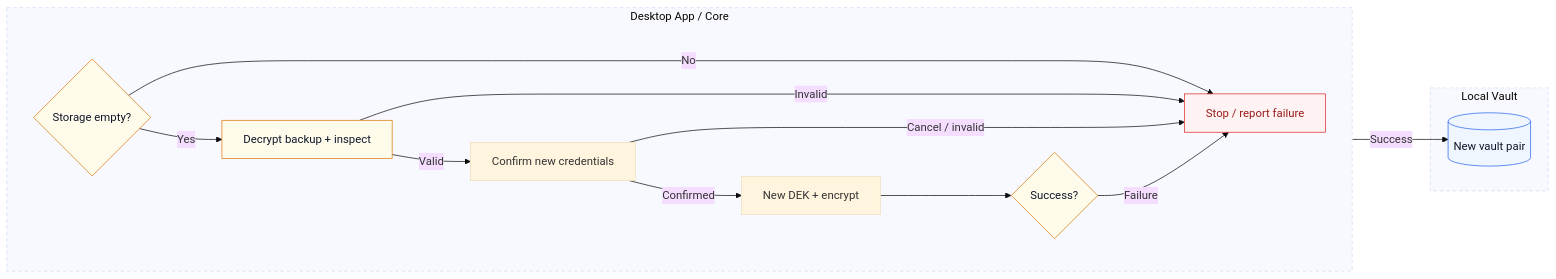
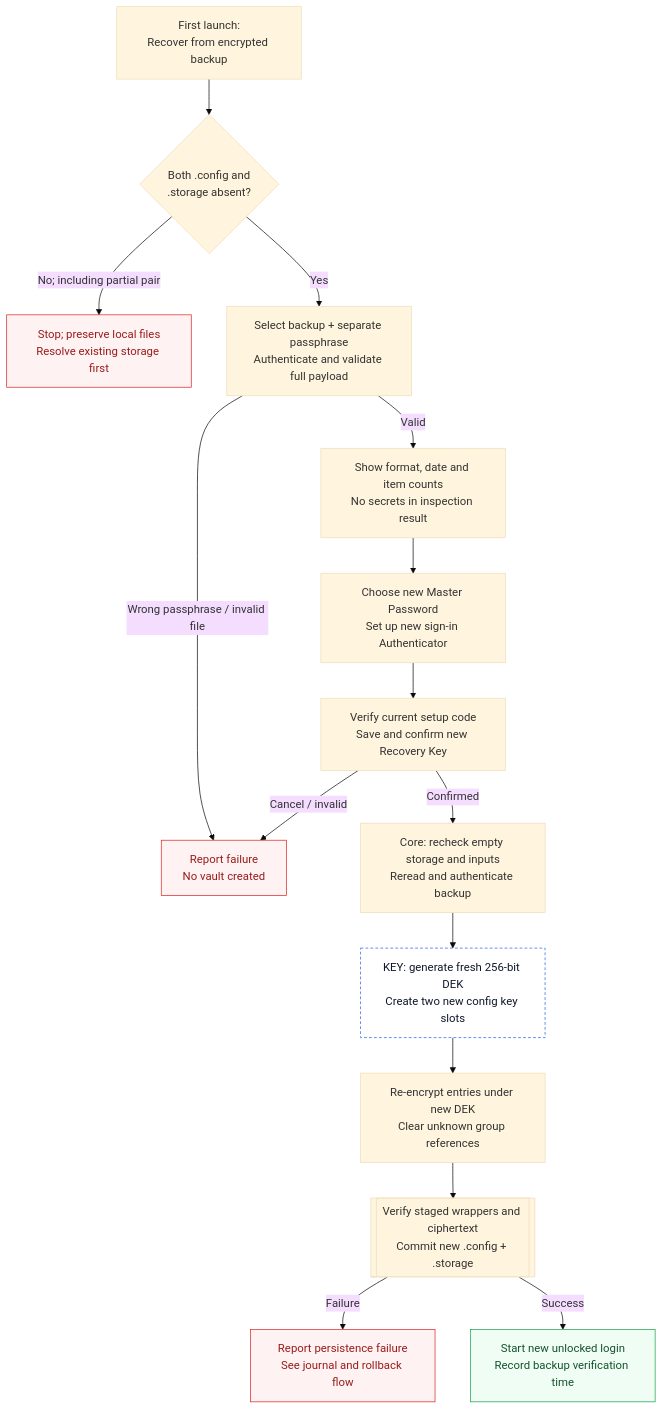
The diagram in docs/diagrams/backup-recovery.mmd (Lmnhutw/YourSafe), drawn with Mermaid (base theme) before and after one commit. The commit also changed 47 other files, not shown here.

```diff
--- a/docs/diagrams/backup-recovery.mmd
+++ b/docs/diagrams/backup-recovery.mmd
@@ -1,30 +1,20 @@
-flowchart LR
-    accTitle: Recover entries on a fresh installation
-    accDescr: Recovery requires both local vault files to be absent. The backup passphrase authenticates the backup, new credentials and Recovery Key are confirmed, then a new DEK and vault pair are committed. Failures stop; no existing vault is overwritten.
-    subgraph desktop["Desktop App / Core"]
-        direction LR
-        empty{"`Storage empty?`"}:::decision
-        inspect["`Decrypt backup + inspect`"]:::secret
-        setup["`Confirm new credentials`"]
-        create["`New DEK + encrypt`"]
-        commit{"Success?"}:::decision
-        stop["`Stop / report failure`"]:::danger
-    end
-    subgraph localVault["Local Vault"]
-        pair[("`New vault pair`")]:::encrypted
-    end
-    empty -->|No| stop
-    empty -->|Yes| inspect
-    inspect -->|Valid| setup
-    inspect -->|Invalid| stop
-    setup -->|Confirmed| create
-    setup -->|Cancel / invalid| stop
-    create --> commit
-    commit -->|Failure| stop
-    commit -->|Success| pair
-    classDef secret fill:#fffbeb,stroke:#d97706,color:#0f172a
-    classDef decision fill:#fffbeb,stroke:#d97706,color:#0f172a
-    classDef encrypted fill:#eff6ff,stroke:#2563eb,color:#0f172a
+flowchart TB
+    accTitle: Recover a backup on a fresh installation
+    accDescr: Both local vault files must be absent. Inspection authenticates the external backup and exposes counts only. A new Master Password, newly saved Recovery Key and replacement sign-in Authenticator are confirmed. Core rereads the backup at commit, creates a fresh DEK and config, validates staged wrappers and ciphertext, then begins a new unlocked login after successful persistence.
+    start["First launch:\nRecover from encrypted backup"] --> empty{"Both .config and\n.storage absent?"}
+    empty -->|No; including partial pair| blocked["Stop; preserve local files\nResolve existing storage first"]:::danger
+    empty -->|Yes| inspect["Select backup + separate passphrase\nAuthenticate and validate full payload"]
+    inspect -->|Wrong passphrase / invalid file| retry["Report failure\nNo vault created"]:::danger
+    inspect -->|Valid| preview["Show format, date and item counts\nNo secrets in inspection result"]
+    preview --> setup["Choose new Master Password\nSet up new sign-in Authenticator"]
+    setup --> confirm["Verify current setup code\nSave and confirm new Recovery Key"]
+    confirm -->|Cancel / invalid| retry
+    confirm -->|Confirmed| revalidate["Core: recheck empty storage and inputs\nReread and authenticate backup"]
+    revalidate --> create["KEY: generate fresh 256-bit DEK\nCreate two new config key slots"]:::key
+    create --> encrypt["Re-encrypt entries under new DEK\nClear unknown group references"]
+    encrypt --> commit[["Verify staged wrappers and ciphertext\nCommit new .config + .storage"]]
+    commit -->|Failure| failed["Report persistence failure\nSee journal and rollback flow"]:::danger
+    commit -->|Success| open["Start new unlocked login\nRecord backup verification time"]:::good
+    classDef key fill:#ffffff,stroke:#2563eb,color:#0f172a,stroke-dasharray:4 3
     classDef danger fill:#fef2f2,stroke:#dc2626,color:#991b1b
-    style desktop stroke-dasharray:5 4
-    style localVault stroke-dasharray:5 4
+    classDef good fill:#f0fdf4,stroke:#16a34a,color:#14532d
```
